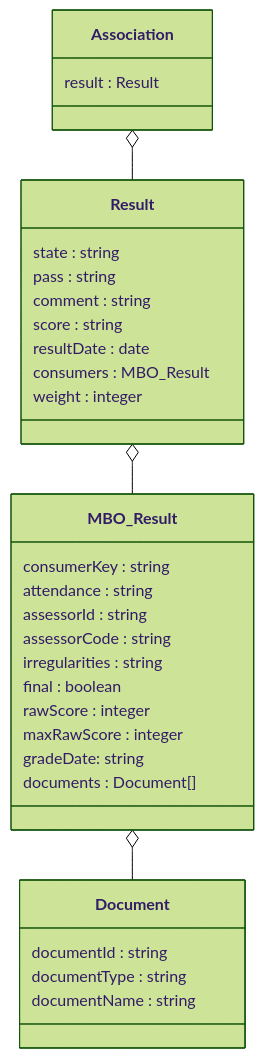
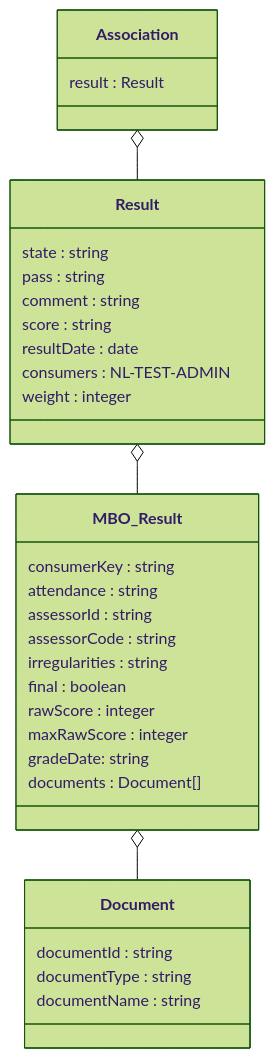
One commit to NetwerkExamineringDigitalisering/NED-OOAPI changed the second of 2 diagrams in doc/flow5.md. Above: the diagram before and after it, drawn with Mermaid (forest theme). The commit also changed other lines of this file, not shown here.

Commit message:
Flow 5 modifications based on OKE meeting 30-05

````diff
--- a/doc/flow5.md
+++ b/doc/flow5.md
@@ -23,35 +24,35 @@
 ```mermaid
 classDiagram
     class Association {
 	result : Result
     }
     class Result {
     	state : string
 	pass : string
 	comment : string
 	score : string
 	resultDate : date
-	consumers : MBO_Result
+	consumers : NL-TEST-ADMIN
 	weight : integer
     }
     class MBO_Result {
 	consumerKey : string
 	attendance : string
 	assessorId : string
 	assessorCode : string 
 	irregularities : string
 	final : boolean 
 	rawScore : integer 
 	maxRawScore : integer
 	gradeDate: string
 	documents : Document[]
     }
     class Document {
 	documentId : string
 	documentType : string
 	documentName : string
     }
     Association o-- Result
     Result o-- MBO_Result
     MBO_Result o-- Document
 ```
````
